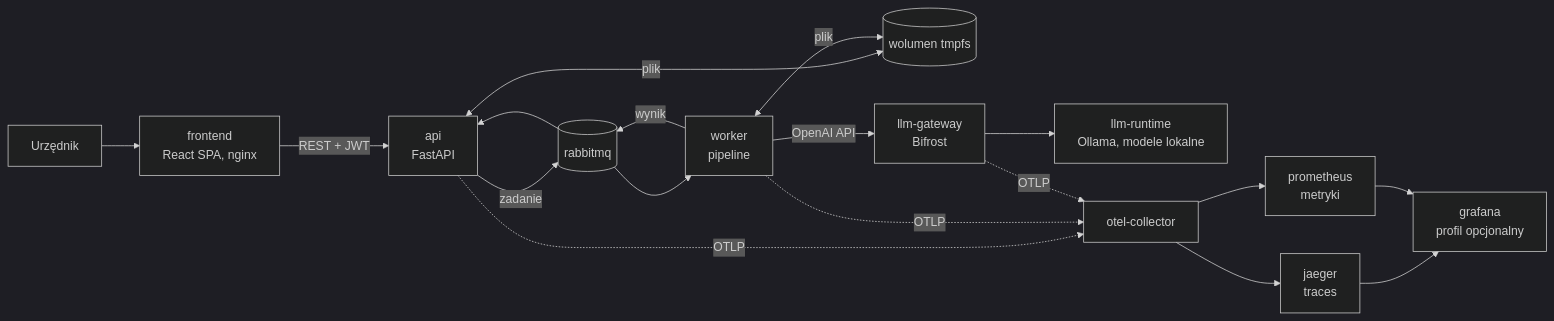
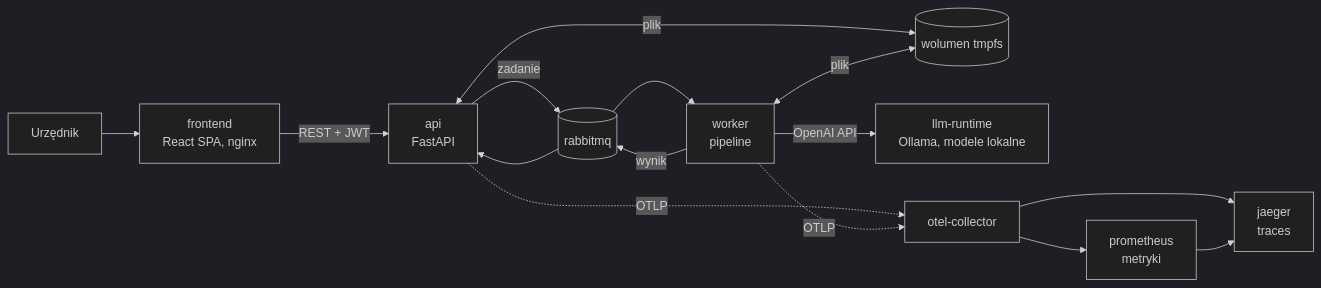
One commit to Drop-the-Base/hn-2026-coi-forms-2-json changed the first of 3 diagrams in docs/architecture.md. Above: the diagram before and after it, drawn with Mermaid (dark theme). The commit also changed other lines of this file and 6 other files, not shown here.

````diff
--- a/docs/architecture.md
+++ b/docs/architecture.md
@@ -11,20 +11,17 @@
 ```mermaid
 flowchart LR
     U[Urzędnik] --> FE[frontend<br/>React SPA, nginx]
     FE -->|REST + JWT| API[api<br/>FastAPI]
     API -->|zadanie| MQ[(rabbitmq)]
     MQ --> W[worker<br/>pipeline]
     W -->|wynik| MQ
     MQ --> API
     API <-->|plik| TMP[(wolumen tmpfs)]
     W <-->|plik| TMP
-    W -->|OpenAI API| GW[llm-gateway<br/>Bifrost]
-    GW --> LLM[llm-runtime<br/>Ollama, modele lokalne]
+    W -->|OpenAI API| LLM[llm-runtime<br/>Ollama, modele lokalne]
     API -. OTLP .-> OC[otel-collector]
     W -. OTLP .-> OC
-    GW -. OTLP .-> OC
     OC --> J[jaeger<br/>traces]
     OC --> P[prometheus<br/>metryki]
-    J --> G[grafana<br/>profil opcjonalny]
-    P --> G
+    P --> J
 ```
````
